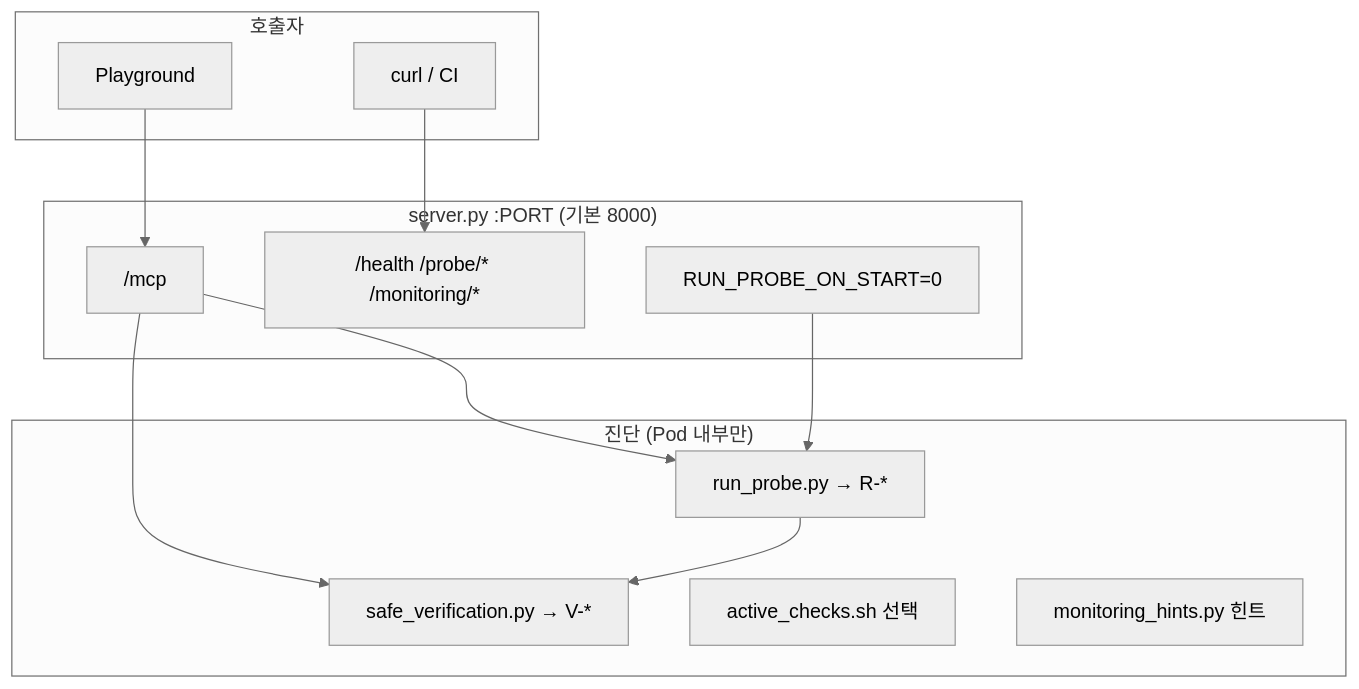
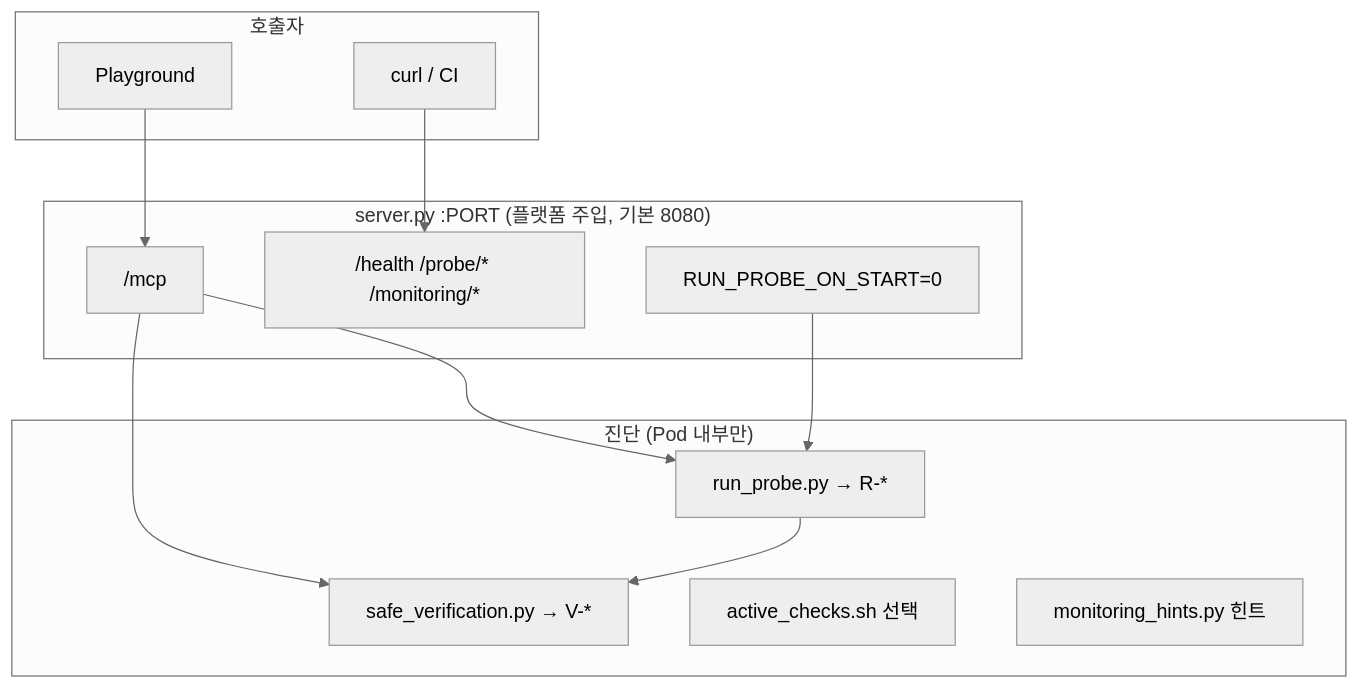
Before and after one commit to pgt0312/Kuma-test: the diagram in README.md, drawn with Mermaid (neutral theme). The commit also changed other lines of this file and 588 other files, not shown here.

````diff
--- a/README.md
+++ b/README.md
@@ -53,27 +52,27 @@
 ```mermaid
 flowchart TB
     subgraph clients["호출자"]
         PM[Playground]
         CURL[curl / CI]
     end
 
-    subgraph server["server.py :PORT (기본 8000)"]
+    subgraph server["server.py :PORT (플랫폼 주입, 기본 8080)"]
         MCP["/mcp"]
         REST["/health /probe/* /monitoring/*"]
         LIFE["RUN_PROBE_ON_START=0"]
     end
 
     subgraph diag["진단 (Pod 내부만)"]
         ESC["run_probe.py → R-*"]
         SAFE["safe_verification.py → V-*"]
         ACT["active_checks.sh 선택"]
         MON["monitoring_hints.py 힌트"]
     end
 
     PM --> MCP
     CURL --> REST
     LIFE --> ESC
     MCP --> ESC
     MCP --> SAFE
     ESC --> SAFE
 ```
````
